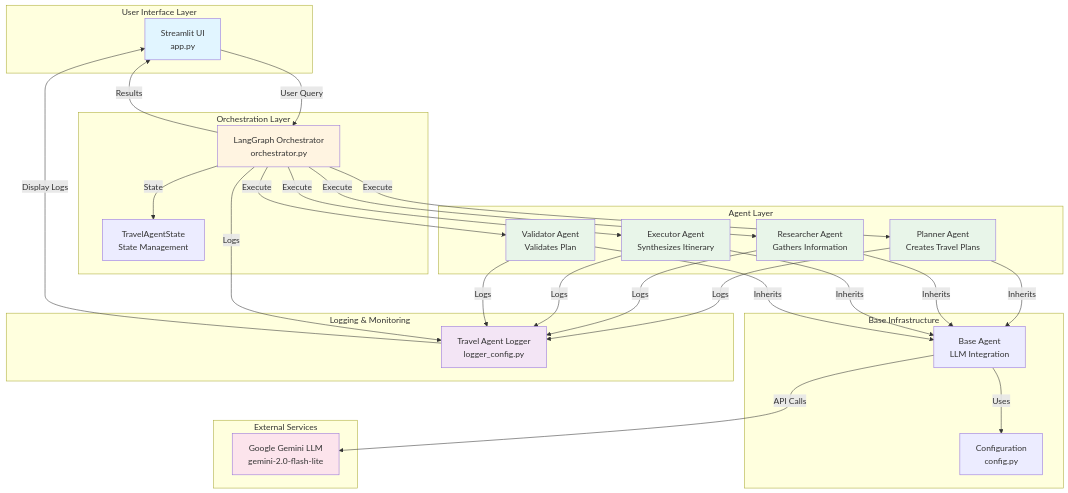
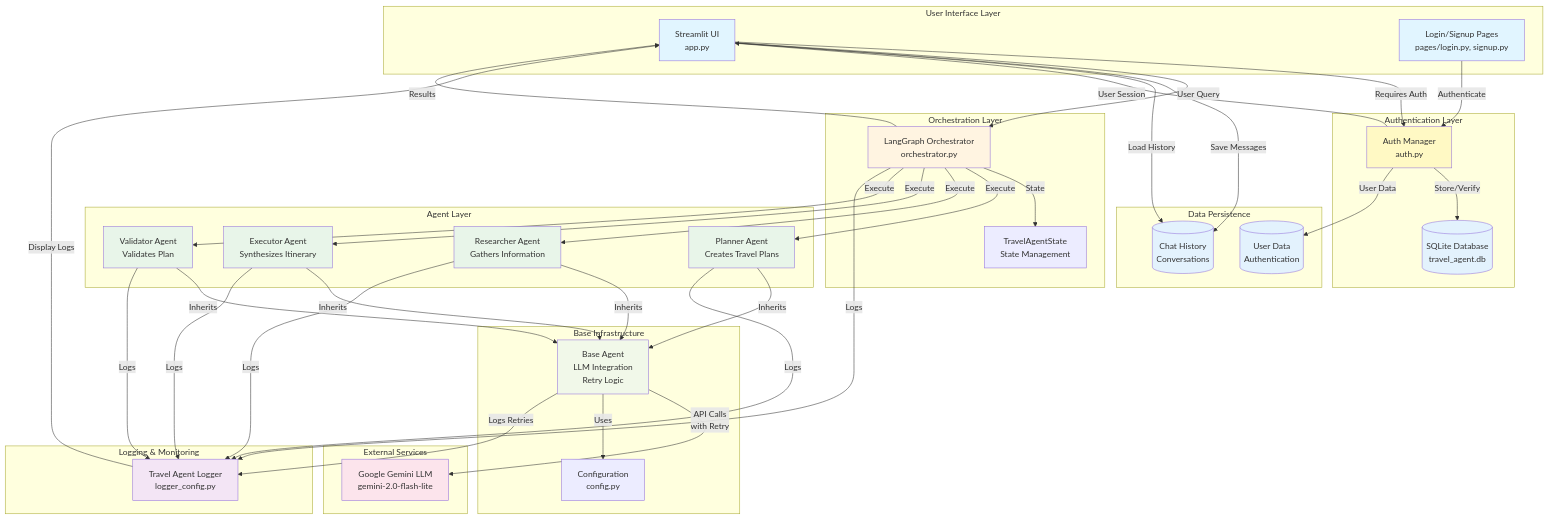
One commit to rohitjain994/travel-agent changed the first of 5 diagrams in README.md. Above: the diagram before and after it, drawn with Mermaid. The commit also changed other lines of this file and 10 other files, not shown here.

````diff
--- a/README.md
+++ b/README.md
@@ -21,6 +26,12 @@
 graph TB
     subgraph "User Interface Layer"
         UI[Streamlit UI<br/>app.py]
+        LOGIN[Login/Signup Pages<br/>pages/login.py, signup.py]
+    end
+    
+    subgraph "Authentication Layer"
+        AUTH[Auth Manager<br/>auth.py]
+        DB_AUTH[(SQLite Database<br/>travel_agent.db)]
     end
     
     subgraph "Orchestration Layer"
@@ -36,7 +47,7 @@
     end
     
     subgraph "Base Infrastructure"
-        BASE[Base Agent<br/>LLM Integration]
+        BASE[Base Agent<br/>LLM Integration<br/>Retry Logic]
         CONFIG[Configuration<br/>config.py]
     end
     
@@ -44,9 +55,19 @@
         LLM[Google Gemini LLM<br/>gemini-2.0-flash-lite]
     end
     
+    subgraph "Data Persistence"
+        CHAT_DB[(Chat History<br/>Conversations)]
+        USER_DB[(User Data<br/>Authentication)]
+    end
+    
     subgraph "Logging & Monitoring"
         LOGGER[Travel Agent Logger<br/>logger_config.py]
     end
+    
+    UI -->|Requires Auth| AUTH
+    LOGIN -->|Authenticate| AUTH
+    AUTH -->|Store/Verify| DB_AUTH
+    AUTH -->|User Session| UI
     
     UI -->|User Query| ORCH
     ORCH -->|State| STATE
@@ -60,19 +81,26 @@
     EXEC -->|Inherits| BASE
     VALID -->|Inherits| BASE
     
-    BASE -->|API Calls| LLM
+    BASE -->|API Calls<br/>with Retry| LLM
     BASE -->|Uses| CONFIG
+    
+    UI -->|Save Messages| CHAT_DB
+    UI -->|Load History| CHAT_DB
+    AUTH -->|User Data| USER_DB
     
     PLAN -->|Logs| LOGGER
     RESEARCH -->|Logs| LOGGER
     EXEC -->|Logs| LOGGER
     VALID -->|Logs| LOGGER
     ORCH -->|Logs| LOGGER
+    BASE -->|Logs Retries| LOGGER
     
     ORCH -->|Results| UI
     LOGGER -->|Display Logs| UI
     
     style UI fill:#e1f5ff
+    style LOGIN fill:#e1f5ff
+    style AUTH fill:#fff9c4
     style ORCH fill:#fff4e1
     style PLAN fill:#e8f5e9
     style RESEARCH fill:#e8f5e9
@@ -80,4 +108,8 @@
     style VALID fill:#e8f5e9
     style LLM fill:#fce4ec
     style LOGGER fill:#f3e5f5
+    style DB_AUTH fill:#e3f2fd
+    style CHAT_DB fill:#e3f2fd
+    style USER_DB fill:#e3f2fd
+    style BASE fill:#f1f8e9
 ```
````
